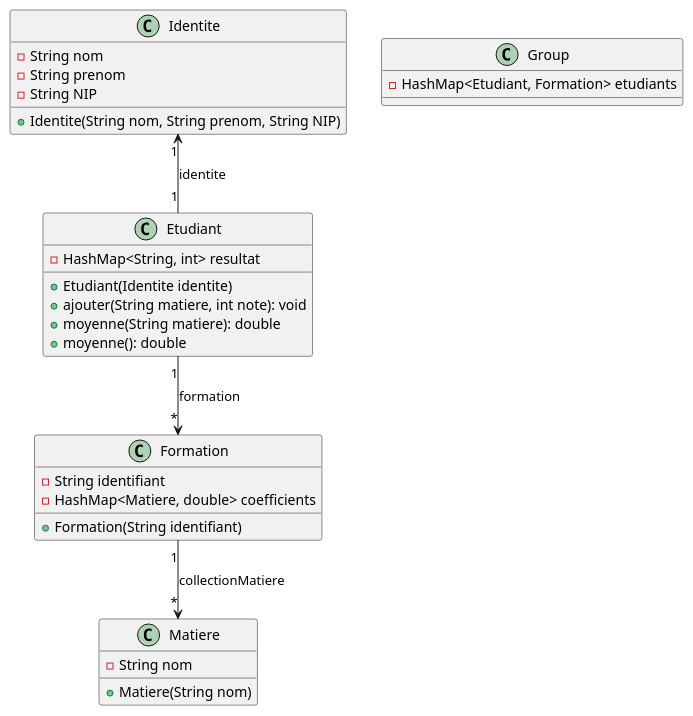
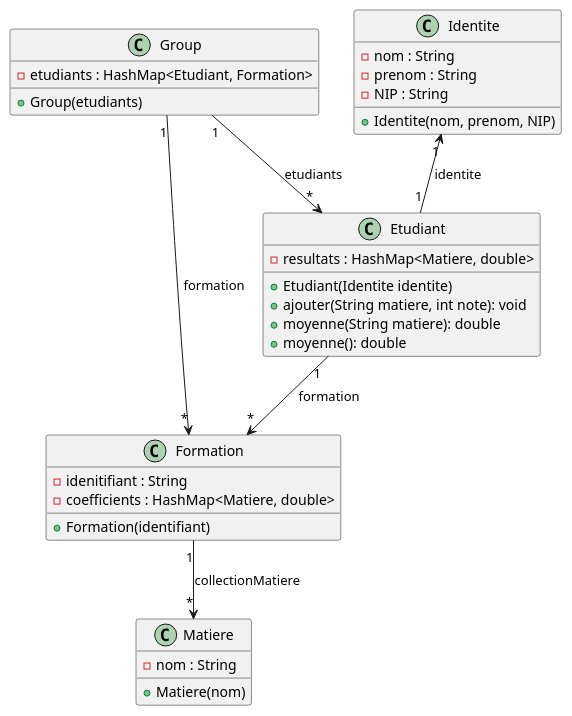
Before and after one commit to AssalHugo/TP2Exo3: the diagram in TP2Exo3/Diagramme_De_Classe.puml, drawn with PlantUML.

Commit message:
changements du diaramme de classe

```diff
--- a/TP2Exo3/Diagramme_De_Classe.puml
+++ b/TP2Exo3/Diagramme_De_Classe.puml
@@ -1,38 +1,41 @@
 @startuml
 'https://plantuml.com/class-diagram
 
 class Etudiant{
- - HashMap<String, int> resultat
+ - resultats : HashMap<Matiere, double>
     + Etudiant(Identite identite)
     + ajouter(String matiere, int note): void
     + moyenne(String matiere): double
     + moyenne(): double
 }
 
 class Identite{
- - String nom
- - String prenom
- - String NIP
-    + Identite(String nom, String prenom, String NIP)
+ - nom : String
+ - prenom : String
+ - NIP : String
+    + Identite(nom, prenom, NIP)
 }
 
 class Formation{
-- String identifiant
-- HashMap<Matiere, double> coefficients
-    + Formation(String identifiant)
+- idenitifiant : String
+- coefficients : HashMap<Matiere, double>
+    + Formation(identifiant)
 }
 
 class Matiere{
- - String nom
-    + Matiere(String nom)
+ - nom : String
+    + Matiere(nom)
 }
 
 class Group{
-- HashMap<Etudiant, Formation> etudiants
+- etudiants : HashMap<Etudiant, Formation>
+    + Group(etudiants)
 }
 
 Identite "1" <-- "1" Etudiant : identite
 Etudiant "1" --> "*" Formation : formation
 Formation "1" --> "*" Matiere : collectionMatiere
+Group  "1" --> "*" Formation : formation
+Group  "1" --> "*" Etudiant : etudiants
 
 @enduml
```
